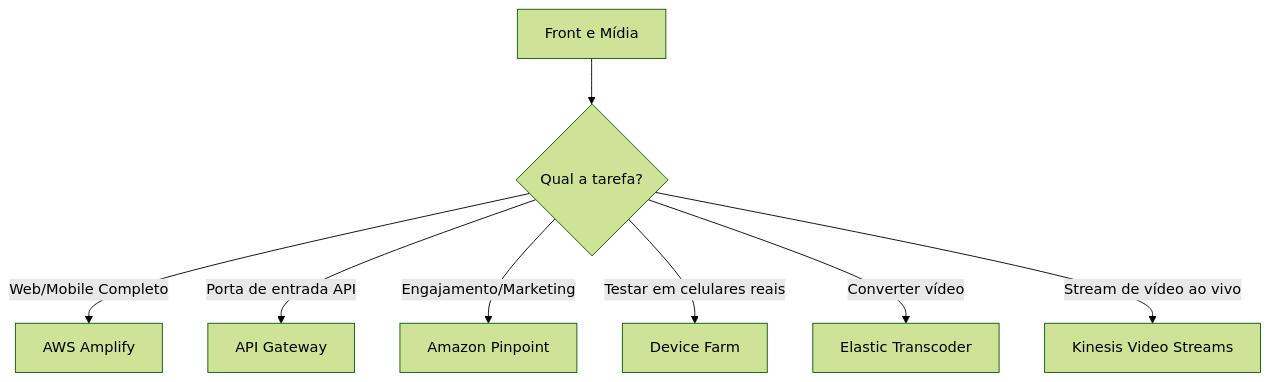
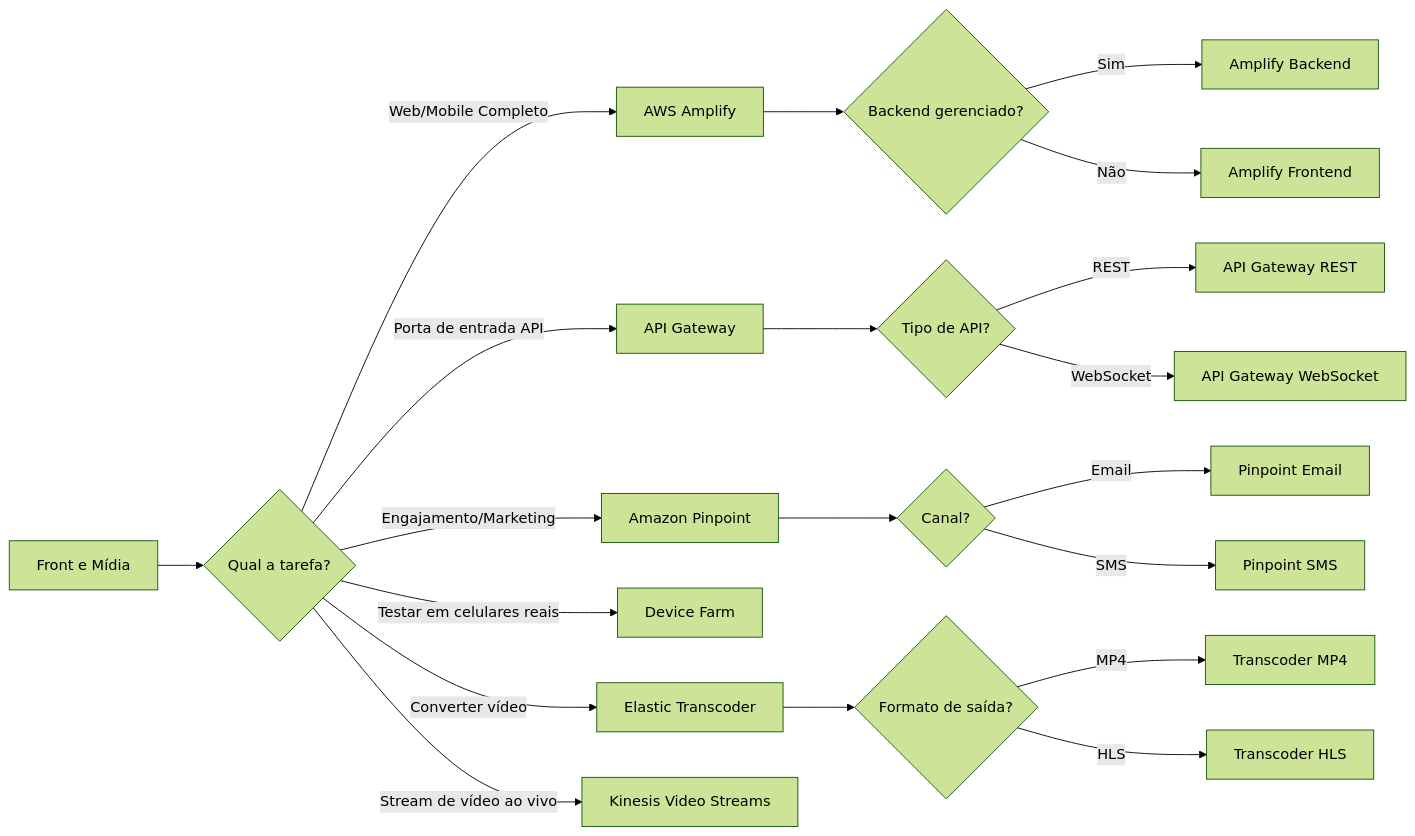
One commit to marcelooliveira/flashcards-aws changed the sixth of 10 diagrams in minimal/decision-trees-aws-services.md. Above: the diagram before and after it, drawn with Mermaid (forest theme). The commit also changed other lines of this file and 11 other files, not shown here.

````diff
--- a/minimal/decision-trees-aws-services.md
+++ b/minimal/decision-trees-aws-services.md
@@ -74,10 +160,22 @@
 ```mermaid
-graph TD
+graph LR
     A[Front e Mídia] --> B{Qual a tarefa?}
     B -- Web/Mobile Completo --> C[AWS Amplify]
+    C --> C1{Backend gerenciado?}
+    C1 -- Sim --> C2[Amplify Backend]
+    C1 -- Não --> C3[Amplify Frontend]
     B -- Porta de entrada API --> D[API Gateway]
+    D --> D1{Tipo de API?}
+    D1 -- REST --> D2[API Gateway REST]
+    D1 -- WebSocket --> D3[API Gateway WebSocket]
     B -- Engajamento/Marketing --> E[Amazon Pinpoint]
+    E --> E1{Canal?}
+    E1 -- Email --> E2[Pinpoint Email]
+    E1 -- SMS --> E3[Pinpoint SMS]
     B -- Testar em celulares reais --> F[Device Farm]
     B -- Converter vídeo --> G[Elastic Transcoder]
+    G --> G1{Formato de saída?}
+    G1 -- MP4 --> G2[Transcoder MP4]
+    G1 -- HLS --> G3[Transcoder HLS]
     B -- Stream de vídeo ao vivo --> H[Kinesis Video Streams]
 ```
````
